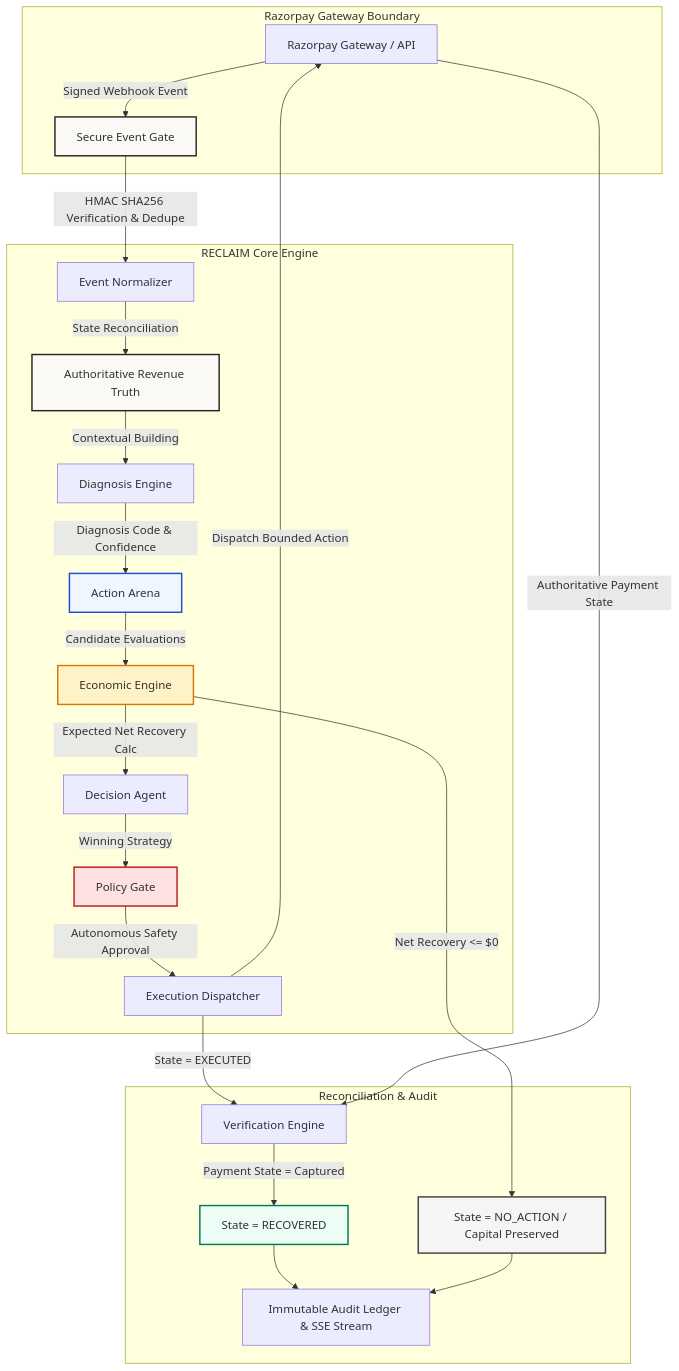
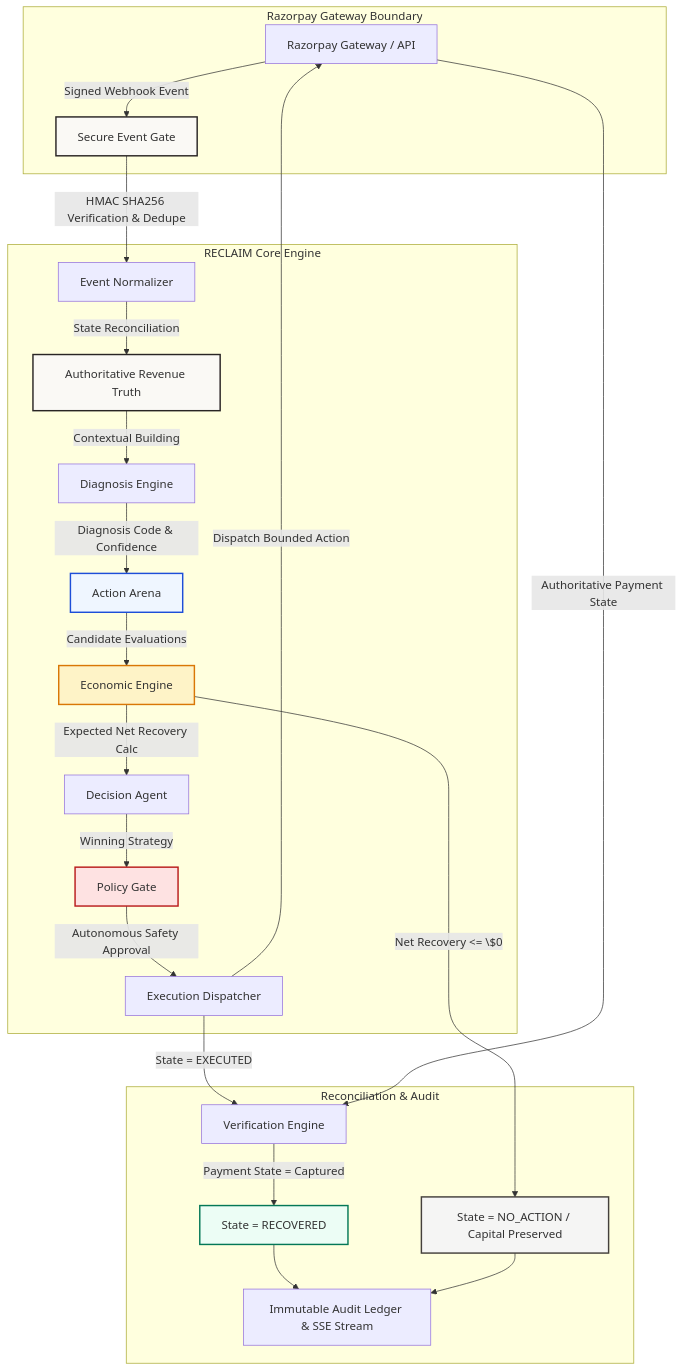
Before and after one commit to Abhinav2467/RECLAIM: the first of 2 diagrams in README.md, drawn with Mermaid. The commit also changed other lines of this file and 6 other files, not shown here.

````diff
--- a/README.md
+++ b/README.md
@@ -94,40 +94,40 @@
 ```mermaid
 flowchart TD
     subgraph External ["Razorpay Gateway Boundary"]
         RP[Razorpay Gateway / API] -->|Signed Webhook Event| EG[Secure Event Gate]
     end
 
     subgraph CoreEngine ["RECLAIM Core Engine"]
         EG -->|HMAC SHA256 Verification & Dedupe| EN[Event Normalizer]
         EN -->|State Reconciliation| RT[Authoritative Revenue Truth]
         RT -->|Contextual Building| DX[Diagnosis Engine]
         
         DX -->|Diagnosis Code & Confidence| AA[Action Arena]
         AA -->|Candidate Evaluations| EE[Economic Engine]
         
         EE -->|Expected Net Recovery Calc| DE[Decision Agent]
         DE -->|Winning Strategy| PG[Policy Gate]
         
         PG -->|Autonomous Safety Approval| EX[Execution Dispatcher]
     end
 
     subgraph Verification ["Reconciliation & Audit"]
         EX -->|Dispatch Bounded Action| RP
         EX -->|State = EXECUTED| VK[Verification Engine]
         RP -->|Authoritative Payment State| VK
         
         VK -->|Payment State = Captured| REC[State = RECOVERED]
-        EE -->|Net Recovery <= $0| NA[State = NO_ACTION / Capital Preserved]
+        EE -->|Net Recovery <= \$0| NA[State = NO_ACTION / Capital Preserved]
         
         REC --> Audit[Immutable Audit Ledger & SSE Stream]
         NA --> Audit
     end
 
     style EG fill:#FAF9F5,stroke:#292524,stroke-width:2px
     style RT fill:#FAF9F5,stroke:#292524,stroke-width:2px
     style AA fill:#EFF6FF,stroke:#1D4ED8,stroke-width:2px
     style EE fill:#FEF3C7,stroke:#D97706,stroke-width:2px
     style PG fill:#FEE2E2,stroke:#B91C1C,stroke-width:2px
     style REC fill:#ECFDF5,stroke:#047857,stroke-width:2px
     style NA fill:#F5F5F4,stroke:#44403C,stroke-width:2px
 ```
````
